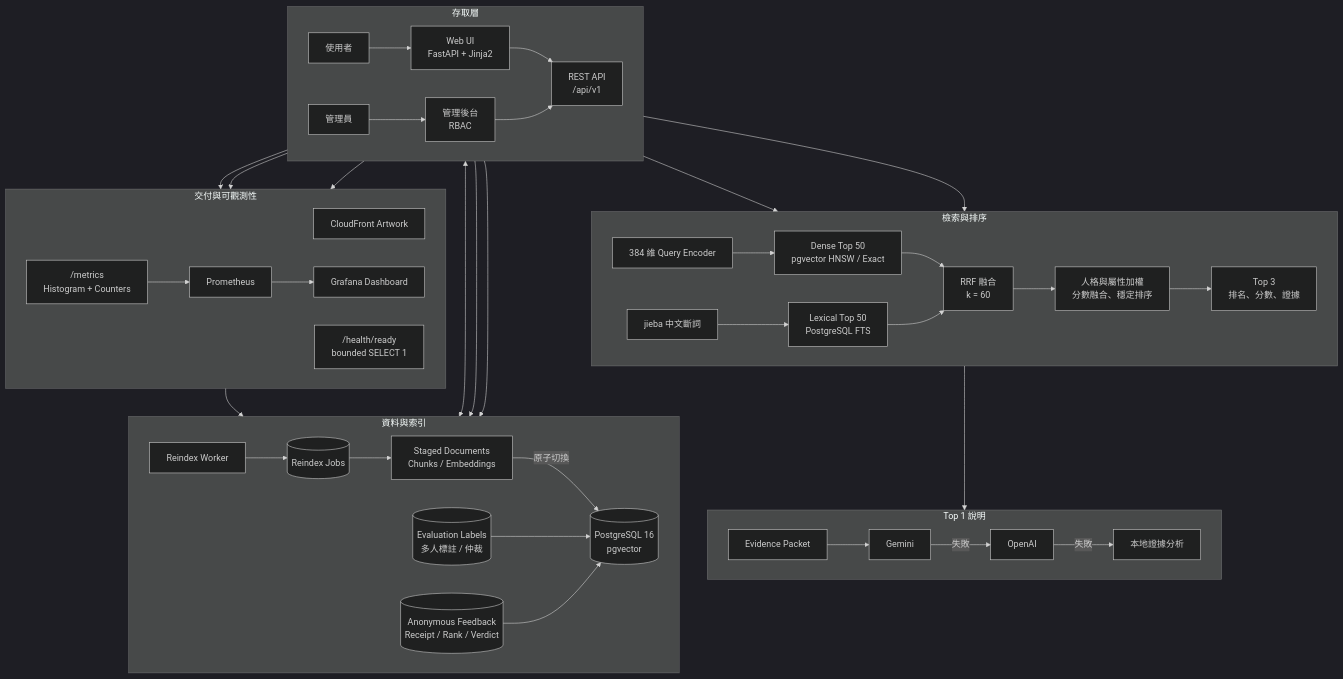
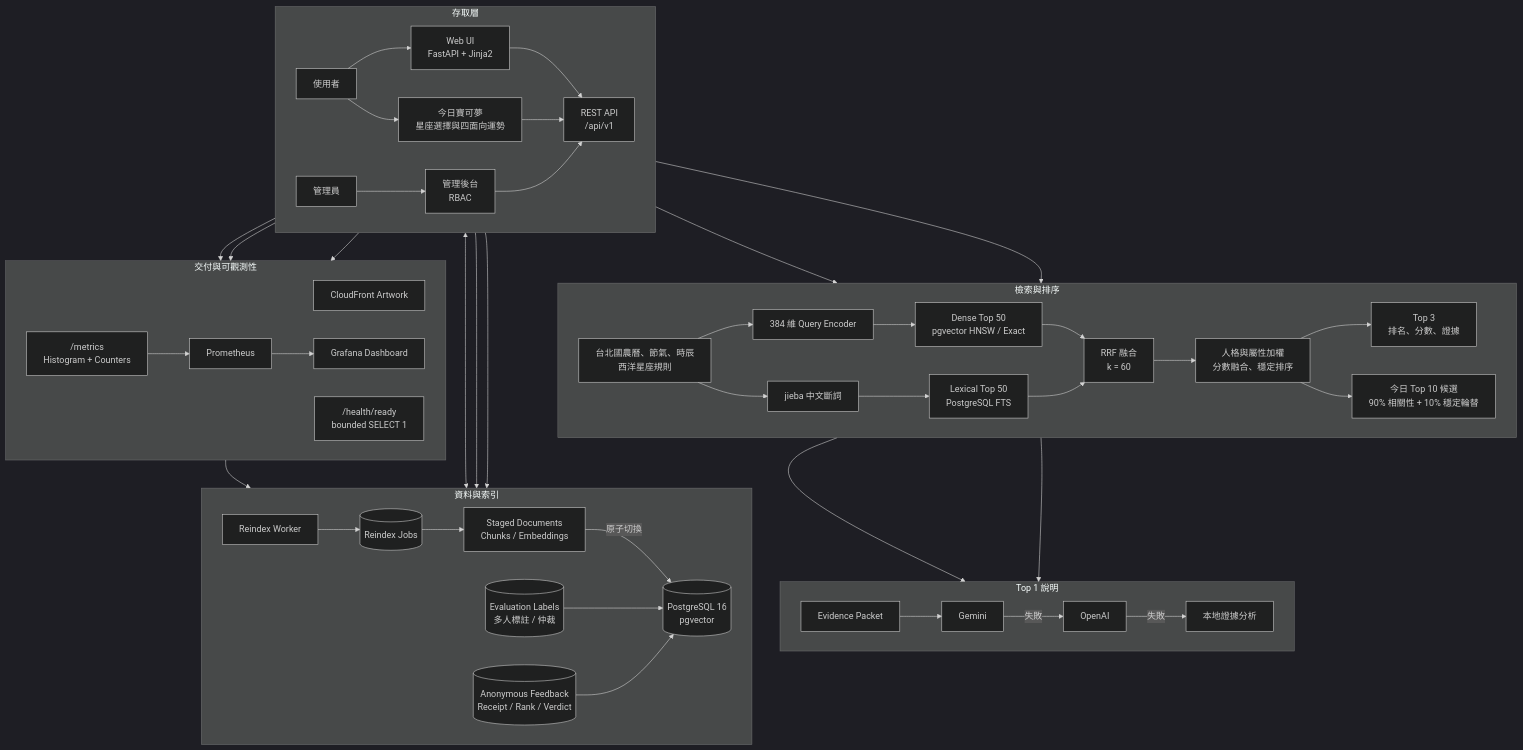
The diagram in README.md (likaisuwork9616/pokemon-personality-recommender), drawn with Mermaid (dark theme) before and after one commit. The commit also changed other lines of this file and 10 other files, not shown here.

````diff
--- a/README.md
+++ b/README.md
@@ -60,56 +60,62 @@
 ```mermaid
 flowchart TB
     subgraph ACCESS["存取層"]
         direction LR
         USER["使用者"] --> WEB["Web UI<br/>FastAPI + Jinja2"]
+        USER --> TODAY["今日寶可夢<br/>星座選擇與四面向運勢"]
         ADMIN["管理員"] --> ADMIN_UI["管理後台<br/>RBAC"]
         WEB --> API["REST API<br/>/api/v1"]
+        TODAY --> API
         ADMIN_UI --> API
     end
 
     subgraph RETRIEVAL["檢索與排序"]
         direction LR
         ENCODER["384 維 Query Encoder"] --> DENSE["Dense Top 50<br/>pgvector HNSW / Exact"]
         TOKENS["jieba 中文斷詞"] --> FTS["Lexical Top 50<br/>PostgreSQL FTS"]
         DENSE --> RRF["RRF 融合<br/>k = 60"]
         FTS --> RRF
         RRF --> SCORE["人格與屬性加權<br/>分數融合、穩定排序"]
         SCORE --> TOP3["Top 3<br/>排名、分數、證據"]
+        CALENDAR["台北國農曆、節氣、時辰<br/>西洋星座規則"] --> ENCODER
+        CALENDAR --> TOKENS
+        SCORE --> TODAY_PICK["今日 Top 10 候選<br/>90% 相關性 + 10% 穩定輪替"]
     end
 
     subgraph EXPLANATION["Top 1 說明"]
         direction LR
         PACKET["Evidence Packet"] --> GEMINI["Gemini"]
         GEMINI -->|失敗| OPENAI["OpenAI"]
         OPENAI -->|失敗| LOCAL["本地證據分析"]
     end
 
     subgraph DATA["資料與索引"]
         direction LR
         DB[("PostgreSQL 16<br/>pgvector")]
         WORKER["Reindex Worker"] --> JOBS[("Reindex Jobs")]
         JOBS --> STAGED["Staged Documents<br/>Chunks / Embeddings"]
         STAGED -->|原子切換| DB
         LABELS[("Evaluation Labels<br/>多人標註 / 仲裁")] --> DB
         FEEDBACK[("Anonymous Feedback<br/>Receipt / Rank / Verdict")] --> DB
     end
 
     subgraph OPS["交付與可觀測性"]
         direction LR
         CDN["CloudFront Artwork"]
         READY["/health/ready<br/>bounded SELECT 1"]
         METRICS["/metrics<br/>Histogram + Counters"] --> PROM["Prometheus"]
         PROM --> GRAFANA["Grafana Dashboard"]
     end
 
     API --> ENCODER
     API --> TOKENS
     TOP3 --> PACKET
+    TODAY_PICK --> PACKET
     API <--> DB
     API --> READY
     READY --> DB
     WEB --> CDN
     API --> METRICS
     ADMIN_UI --> LABELS
     API --> FEEDBACK
 ```
````
